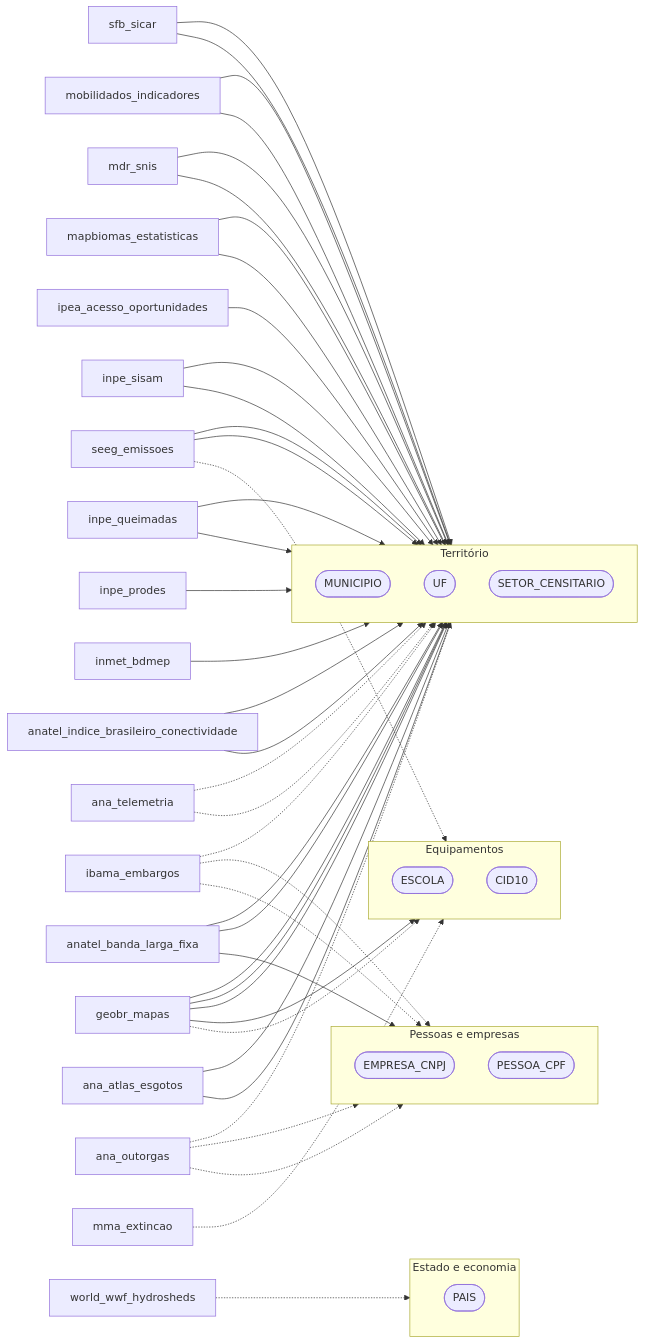
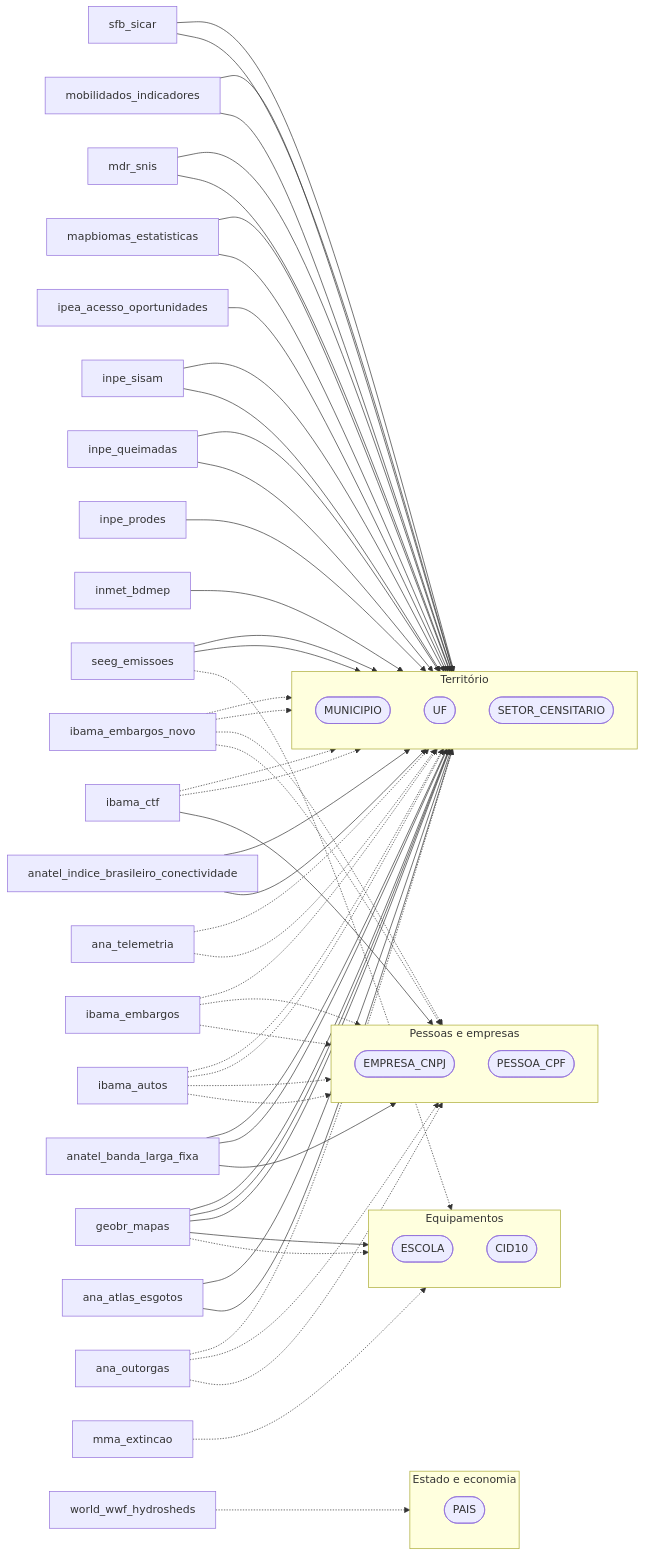
Before and after one commit to rafapolo/rodado: the ninth of 12 diagrams in docs/Flow.md, drawn with Mermaid. The commit also changed other lines of this file and 10 other files, not shown here.

```diff
--- a/docs/Flow.md
+++ b/docs/Flow.md
@@ -758,7 +766,10 @@
     territorio_br_anatel_banda_larga_fixa["anatel_banda_larga_fixa"]
     territorio_br_anatel_indice_brasileiro_conectividade["anatel_indice_brasileiro_conectividade"]
     territorio_br_geobr_mapas["geobr_mapas"]
+    territorio_br_ibama_autos["ibama_autos"]
+    territorio_br_ibama_ctf["ibama_ctf"]
     territorio_br_ibama_embargos["ibama_embargos"]
+    territorio_br_ibama_embargos_novo["ibama_embargos_novo"]
     territorio_br_inmet_bdmep["inmet_bdmep"]
     territorio_br_inpe_prodes["inpe_prodes"]
     territorio_br_inpe_queimadas["inpe_queimadas"]
@@ -808,9 +819,20 @@
     territorio_br_geobr_mapas --> territorio_MUNICIPIO
     territorio_br_geobr_mapas --> territorio_SETOR_CENSITARIO
     territorio_br_geobr_mapas --> territorio_UF
+    territorio_br_ibama_autos -.-> territorio_EMPRESA_CNPJ
+    territorio_br_ibama_autos -.-> territorio_MUNICIPIO
+    territorio_br_ibama_autos -.-> territorio_PESSOA_CPF
+    territorio_br_ibama_autos -.-> territorio_UF
+    territorio_br_ibama_ctf --> territorio_EMPRESA_CNPJ
+    territorio_br_ibama_ctf -.-> territorio_MUNICIPIO
+    territorio_br_ibama_ctf -.-> territorio_UF
     territorio_br_ibama_embargos -.-> territorio_EMPRESA_CNPJ
     territorio_br_ibama_embargos -.-> territorio_MUNICIPIO
     territorio_br_ibama_embargos -.-> territorio_PESSOA_CPF
+    territorio_br_ibama_embargos_novo -.-> territorio_EMPRESA_CNPJ
+    territorio_br_ibama_embargos_novo -.-> territorio_MUNICIPIO
+    territorio_br_ibama_embargos_novo -.-> territorio_PESSOA_CPF
+    territorio_br_ibama_embargos_novo -.-> territorio_UF
     territorio_br_inmet_bdmep --> territorio_MUNICIPIO
     territorio_br_inpe_prodes --> territorio_MUNICIPIO
     territorio_br_inpe_queimadas --> territorio_MUNICIPIO
```
